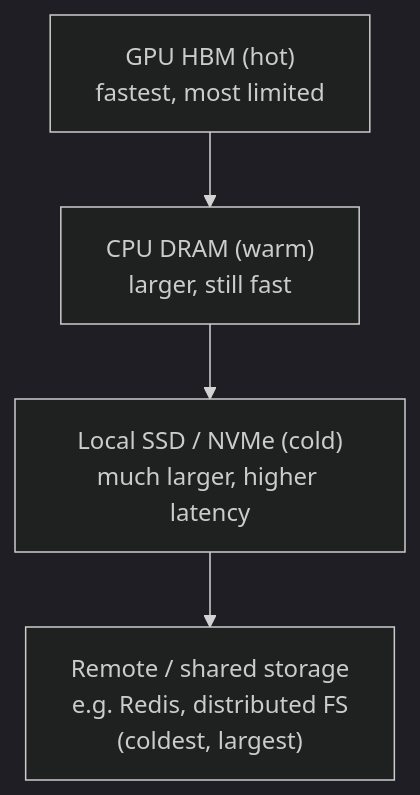
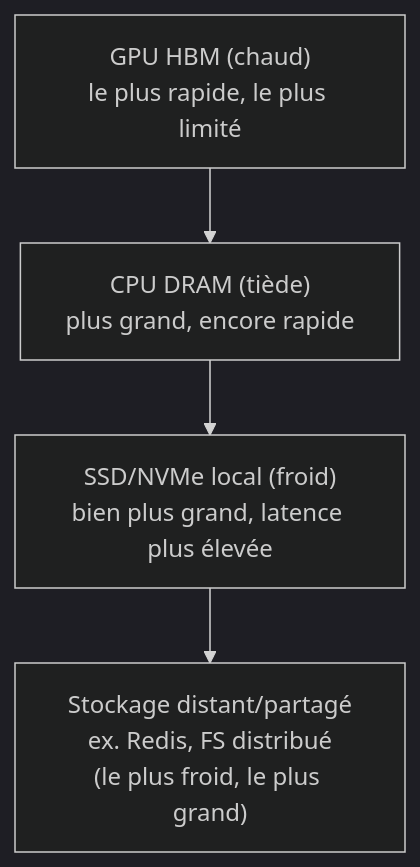
One commit to ADORSYS-GIS/Custom-Ai-Ops changed the eighth of 26 diagrams in docs/explain/llm-d.md. Above: the diagram before and after it, drawn with Mermaid (dark theme). The commit also changed other lines of this file and 39 other files, not shown here.

````diff
--- a/docs/explain/llm-d.md
+++ b/docs/explain/llm-d.md
@@ -206,6 +327,6 @@
 ```mermaid
 flowchart TB
-    HBM["GPU HBM (hot)<br/>fastest, most limited"] --> DRAM["CPU DRAM (warm)<br/>larger, still fast"]
-    DRAM --> SSD["Local SSD / NVMe (cold)<br/>much larger, higher latency"]
-    SSD --> REMOTE["Remote / shared storage<br/>e.g. Redis, distributed FS<br/>(coldest, largest)"]
+    HBM["GPU HBM (chaud)<br/>le plus rapide, le plus limité"] --> DRAM["CPU DRAM (tiède)<br/>plus grand, encore rapide"]
+    DRAM --> SSD["SSD/NVMe local (froid)<br/>bien plus grand, latence plus élevée"]
+    SSD --> REMOTE["Stockage distant/partagé<br/>ex. Redis, FS distribué<br/>(le plus froid, le plus grand)"]
 ```
````
